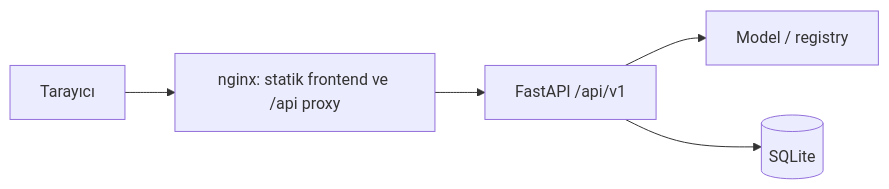
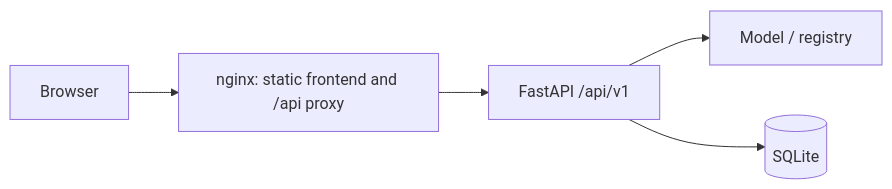
The diagram in README.md (ayberkaarda/MediMind-AI-main), drawn with Mermaid before and after one commit. The commit also changed other lines of this file and 1 other file, not shown here.

````diff
--- a/README.md
+++ b/README.md
@@ -33,7 +35,7 @@
 ```mermaid
 flowchart LR
-    browser["Tarayıcı"] --> nginx["nginx: statik frontend ve /api proxy"]
+    browser["Browser"] --> nginx["nginx: static frontend and /api proxy"]
     nginx --> api["FastAPI /api/v1"]
     api --> model["Model / registry"]
     api --> db[(SQLite)]
 ```
````
